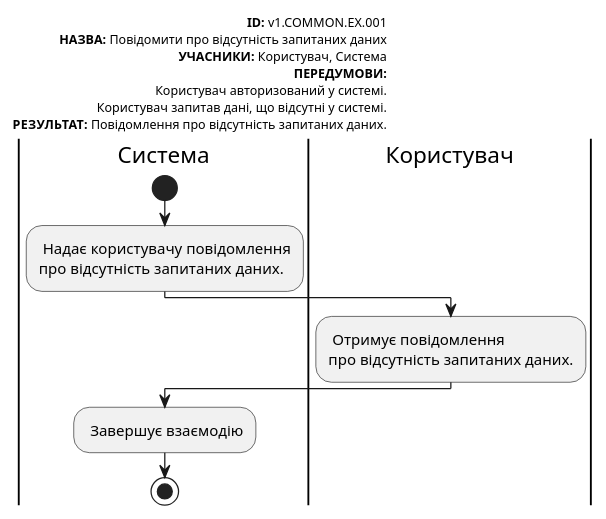
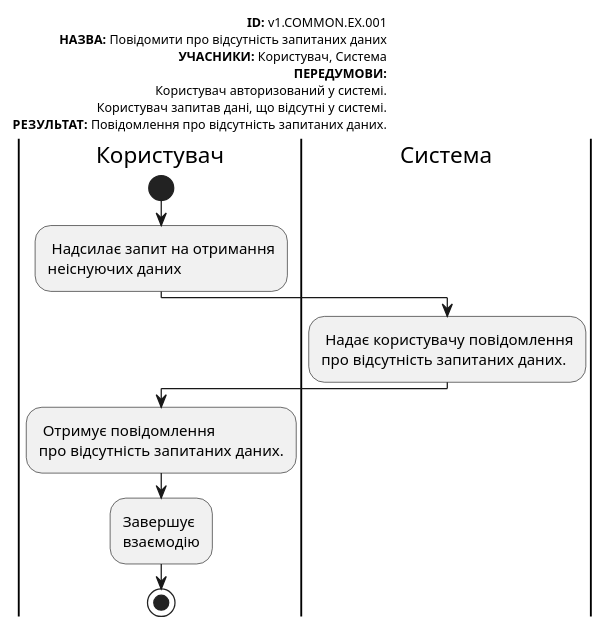
One commit to danilbezus/survey-expert changed diagram 17 of 22 in docs/use cases/README.md. Above: the diagram before and after it, drawn with PlantUML. The commit also changed other lines of this file, not shown here.

```diff
--- a/docs/use cases/README.md
+++ b/docs/use cases/README.md
@@ -809,22 +906,27 @@
 @startuml
-  
-    left header
+
+left header
          <font color=000 size=10><b>ID:</b> v1.COMMON.EX.001
          <font color=000 size=10><b>НАЗВА:</b> Повідомити про відсутність запитаних даних
          <font color=000 size=10><b>УЧАСНИКИ:</b> Користувач, Система 
          <font color=000 size=10><b>ПЕРЕДУМОВИ:</b>
          <font color=000 size=10>Користувач авторизований у системі.
          <font color=000 size=10>Користувач запитав дані, що відсутні у системі.
          <font color=000 size=10><b>РЕЗУЛЬТАТ:</b> Повідомлення про відсутність запитаних даних.
      end header
+     |Користувач|
+         start
+         : Надсилає запит на отримання
+         неіснуючих даних;             
      |Система|
-         start
          : Надає користувачу повідомлення 
          про відсутність запитаних даних.;
      |Користувач|
          : Отримує повідомлення 
-         про відсутність запитаних даних.;
-     |Система|
-         : Завершує взаємодію;
-         stop;
+         про відсутність запитаних даних.;           
+          :Завершує
+          взаємодію;
+
+          stop;
+
 @enduml
```
